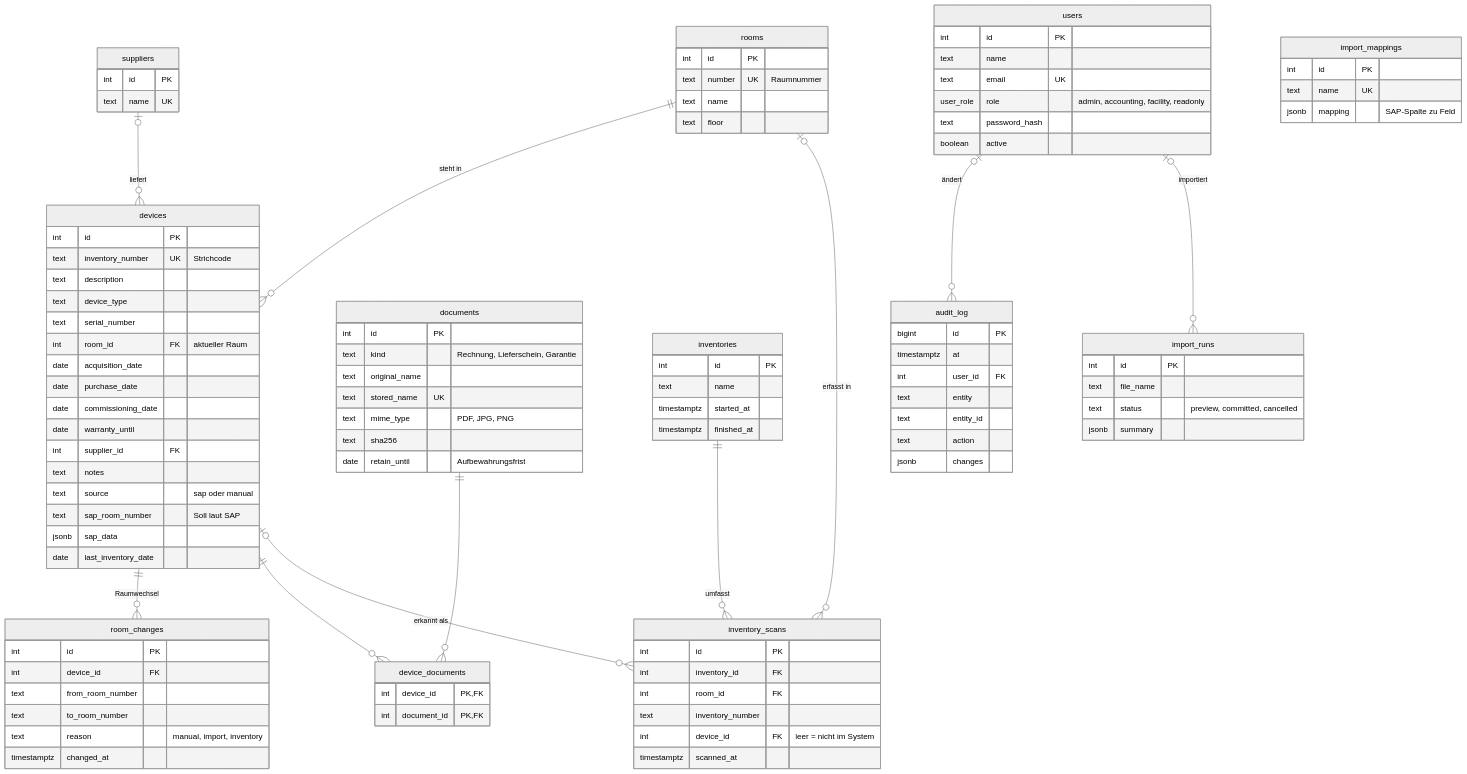
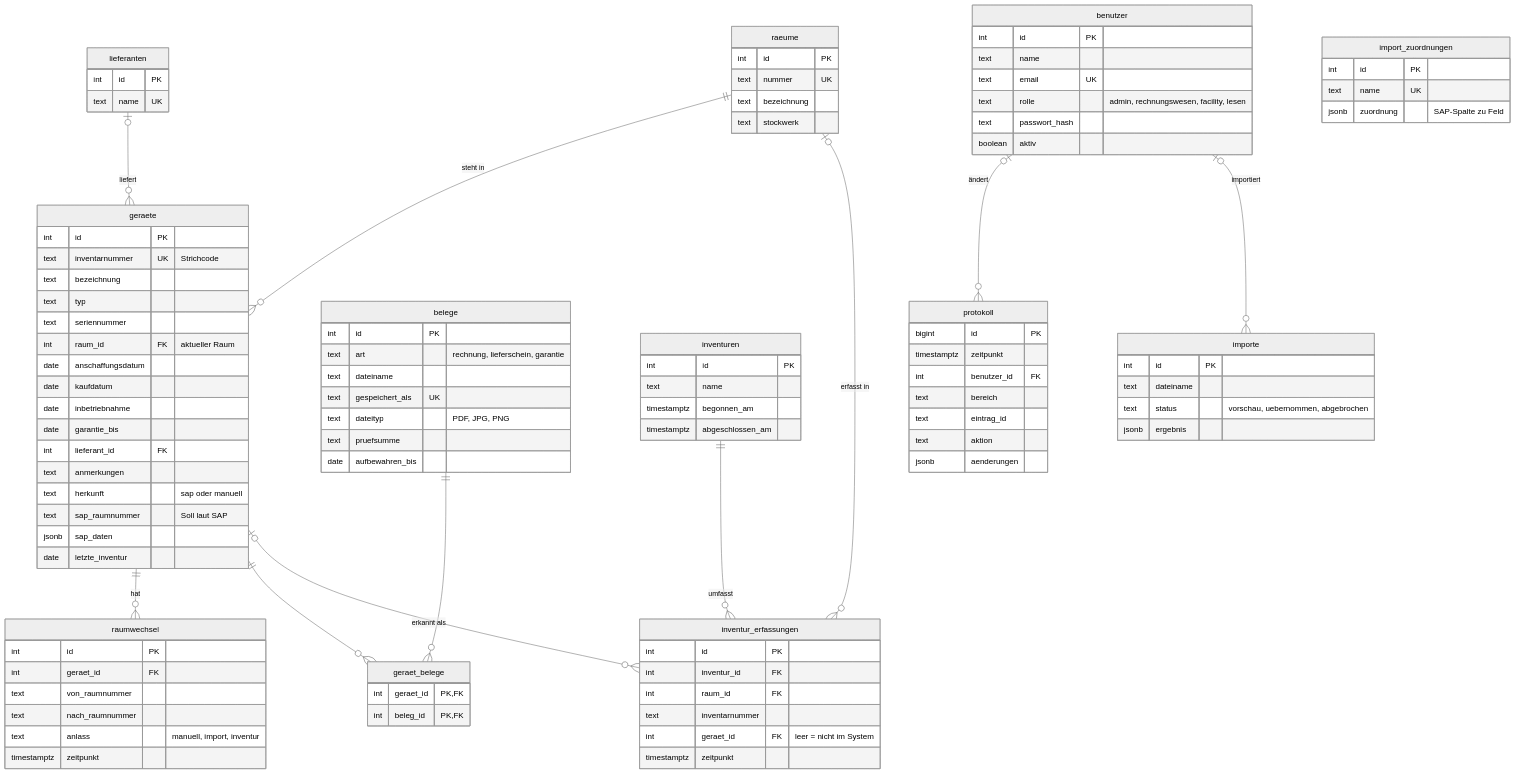
One commit to Enonno-G/schulinventar changed the diagram in docs/datenmodell.md. Above: the diagram before and after it, drawn with Mermaid (neutral theme). The commit also changed other lines of this file and 100 other files, not shown here.

````diff
--- a/docs/datenmodell.md
+++ b/docs/datenmodell.md
@@ -22,105 +22,105 @@
 ```mermaid
 erDiagram
-    rooms ||--o{ devices : "steht in"
-    suppliers |o--o{ devices : "liefert"
-    devices ||--o{ room_changes : "Raumwechsel"
-    devices ||--o{ device_documents : ""
-    documents ||--o{ device_documents : ""
-    inventories ||--o{ inventory_scans : "umfasst"
-    rooms |o--o{ inventory_scans : "erfasst in"
-    devices |o--o{ inventory_scans : "erkannt als"
-    users |o--o{ audit_log : "ändert"
-    users |o--o{ import_runs : "importiert"
+    raeume ||--o{ geraete : "steht in"
+    lieferanten |o--o{ geraete : "liefert"
+    geraete ||--o{ raumwechsel : "hat"
+    geraete ||--o{ geraet_belege : ""
+    belege ||--o{ geraet_belege : ""
+    inventuren ||--o{ inventur_erfassungen : "umfasst"
+    raeume |o--o{ inventur_erfassungen : "erfasst in"
+    geraete |o--o{ inventur_erfassungen : "erkannt als"
+    benutzer |o--o{ protokoll : "ändert"
+    benutzer |o--o{ importe : "importiert"
 
-    users {
+    benutzer {
         int id PK
         text name
         text email UK
-        user_role role "admin, accounting, facility, readonly"
-        text password_hash
-        boolean active
+        text rolle "admin, rechnungswesen, facility, lesen"
+        text passwort_hash
+        boolean aktiv
     }
-    rooms {
+    raeume {
         int id PK
-        text number UK "Raumnummer"
-        text name
-        text floor
+        text nummer UK
+        text bezeichnung
+        text stockwerk
     }
-    devices {
+    geraete {
         int id PK
-        text inventory_number UK "Strichcode"
-        text description
-        text device_type
-        text serial_number
-        int room_id FK "aktueller Raum"
-        date acquisition_date
-        date purchase_date
-        date commissioning_date
-        date warranty_until
-        int supplier_id FK
-        text notes
-        text source "sap oder manual"
-        text sap_room_number "Soll laut SAP"
-        jsonb sap_data
-        date last_inventory_date
+        text inventarnummer UK "Strichcode"
+        text bezeichnung
+        text typ
+        text seriennummer
+        int raum_id FK "aktueller Raum"
+        date anschaffungsdatum
+        date kaufdatum
+        date inbetriebnahme
+        date garantie_bis
+        int lieferant_id FK
+        text anmerkungen
+        text herkunft "sap oder manuell"
+        text sap_raumnummer "Soll laut SAP"
+        jsonb sap_daten
+        date letzte_inventur
     }
-    suppliers {
+    lieferanten {
         int id PK
         text name UK
     }
-    room_changes {
+    raumwechsel {
         int id PK
-        int device_id FK
-        text from_room_number
-        text to_room_number
-        text reason "manual, import, inventory"
-        timestamptz changed_at
+        int geraet_id FK
+        text von_raumnummer
+        text nach_raumnummer
+        text anlass "manuell, import, inventur"
+        timestamptz zeitpunkt
     }
-    documents {
+    belege {
         int id PK
-        text kind "Rechnung, Lieferschein, Garantie"
-        text original_name
-        text stored_name UK
-        text mime_type "PDF, JPG, PNG"
-        text sha256
-        date retain_until "Aufbewahrungsfrist"
+        text art "rechnung, lieferschein, garantie"
+        text dateiname
+        text gespeichert_als UK
+        text dateityp "PDF, JPG, PNG"
+        text pruefsumme
+        date aufbewahren_bis
     }
-    device_documents {
-        int device_id PK, FK
-        int document_id PK, FK
+    geraet_belege {
+        int geraet_id PK, FK
+        int beleg_id PK, FK
     }
-    inventories {
+    inventuren {
         int id PK
         text name
-        timestamptz started_at
-        timestamptz finished_at
+        timestamptz begonnen_am
+        timestamptz abgeschlossen_am
     }
-    inventory_scans {
+    inventur_erfassungen {
         int id PK
-        int inventory_id FK
-        int room_id FK
-        text inventory_number
-        int device_id FK "leer = nicht im System"
-        timestamptz scanned_at
+        int inventur_id FK
+        int raum_id FK
+        text inventarnummer
+        int geraet_id FK "leer = nicht im System"
+        timestamptz zeitpunkt
     }
-    import_runs {
+    importe {
         int id PK
-        text file_name
-        text status "preview, committed, cancelled"
-        jsonb summary
+        text dateiname
+        text status "vorschau, uebernommen, abgebrochen"
+        jsonb ergebnis
     }
-    import_mappings {
+    import_zuordnungen {
         int id PK
         text name UK
-        jsonb mapping "SAP-Spalte zu Feld"
+        jsonb zuordnung "SAP-Spalte zu Feld"
     }
-    audit_log {
+    protokoll {
         bigint id PK
-        timestamptz at
-        int user_id FK
-        text entity
-        text entity_id
-        text action
-        jsonb changes
+        timestamptz zeitpunkt
+        int benutzer_id FK
+        text bereich
+        text eintrag_id
+        text aktion
+        jsonb aenderungen
     }
 ```
````
